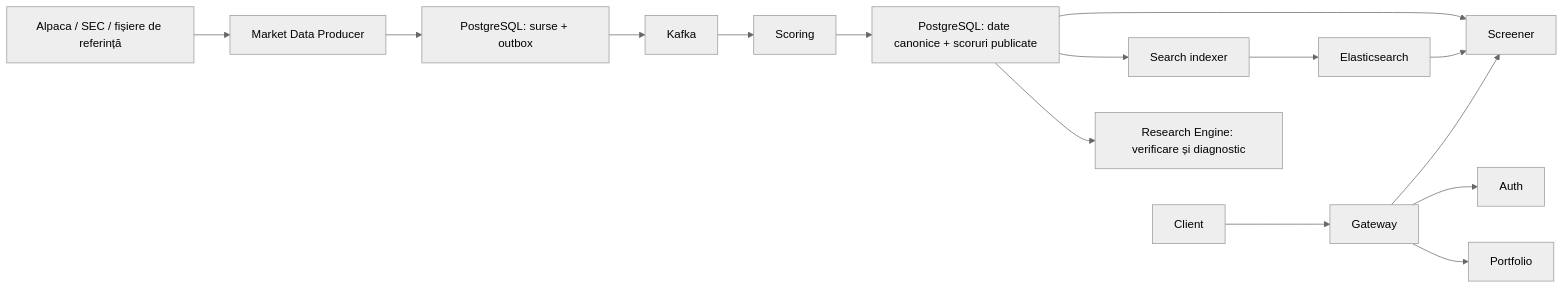
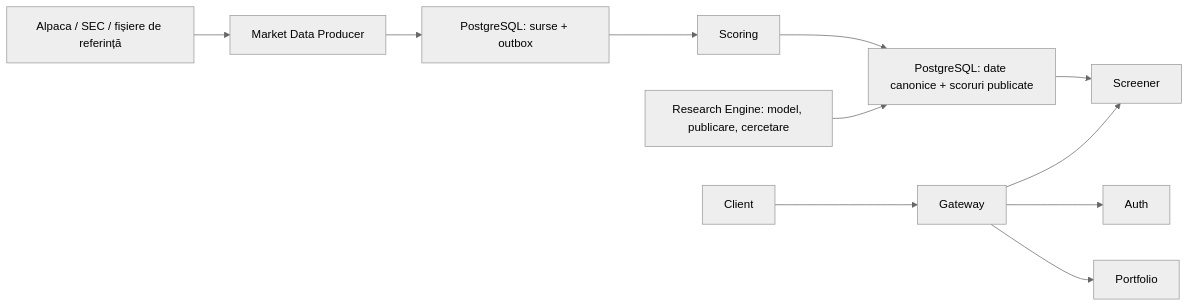
The diagram in Documentation/Application.md (Cata77/Quantitative-stock-analysis-platform), drawn with Mermaid (neutral theme) before and after one commit. The commit also changed other lines of this file and 699 other files, not shown here.

````diff
--- a/Documentation/Application.md
+++ b/Documentation/Application.md
@@ -36,17 +34,13 @@
 ```mermaid
 flowchart LR
     Sources["Alpaca / SEC / fișiere de referință"] --> Producer["Market Data Producer"]
     Producer --> Outbox["PostgreSQL: surse + outbox"]
-    Outbox --> Kafka
-    Kafka --> Scoring
+    Outbox --> Scoring
     Scoring --> DB["PostgreSQL: date canonice + scoruri publicate"]
+    Research["Research Engine: model, publicare, cercetare"] --> DB
     DB --> Screener
-    DB --> Indexer["Search indexer"]
-    Indexer --> ES["Elasticsearch"]
-    ES --> Screener
     Client --> Gateway
     Gateway --> Auth
     Gateway --> Portfolio
     Gateway --> Screener
-    DB --> Research["Research Engine: verificare și diagnostic"]
 ```
````
